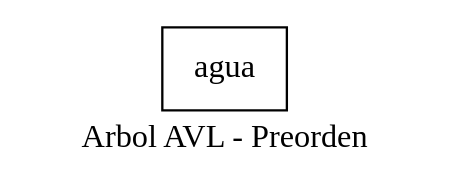
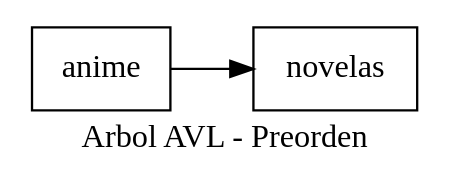
One commit to hr9457/EDD_1S2020_PY2_201314296 changed the diagram in EDD_Proyecto2/ArchivosDot/ArbolPreorden.dot. Above: the diagram before and after it, drawn with Graphviz. The commit also changed 16 other files, not shown here.

```diff
--- a/EDD_Proyecto2/ArchivosDot/ArbolPreorden.dot
+++ b/EDD_Proyecto2/ArchivosDot/ArbolPreorden.dot
@@ -1,7 +1,8 @@
 digraph arbolpreorden {
 node [shape = record];
 rankdir=LR;
-nodo0[label="agua"];
-nodo0;
+nodo0[label="anime"];
+nodo1[label="novelas"];
+nodo0->nodo1;
 label = "Arbol AVL - Preorden "
 }
```
